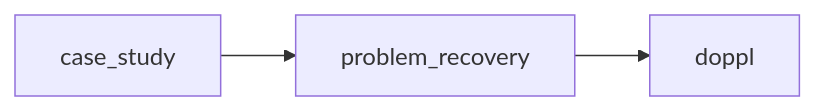
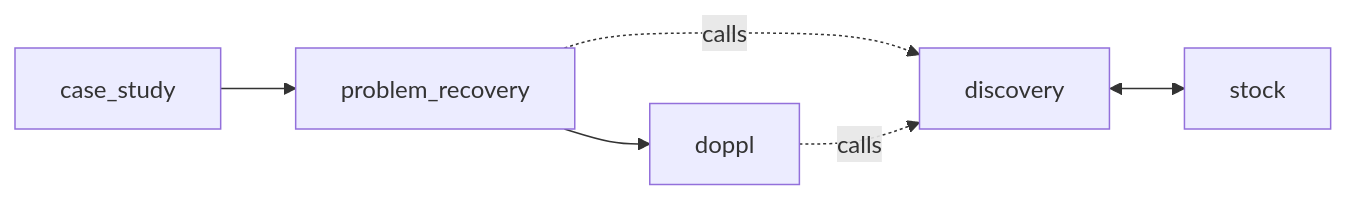
Before and after one commit to Doppl-Life/doppl-prime: the diagram in my-docs/garden/PROPOSAL.md, drawn with Mermaid. The commit also changed other lines of this file and 16 other files, not shown here.

````diff
--- a/my-docs/garden/PROPOSAL.md
+++ b/my-docs/garden/PROPOSAL.md
@@ -10,4 +5,7 @@
 ```mermaid
 flowchart LR
   cs[case_study] --> pr[problem_recovery] --> dp[doppl]
+  pr -. calls .-> disc[discovery]
+  dp -. calls .-> disc
+  disc <--> stock[stock]
 ```
````
